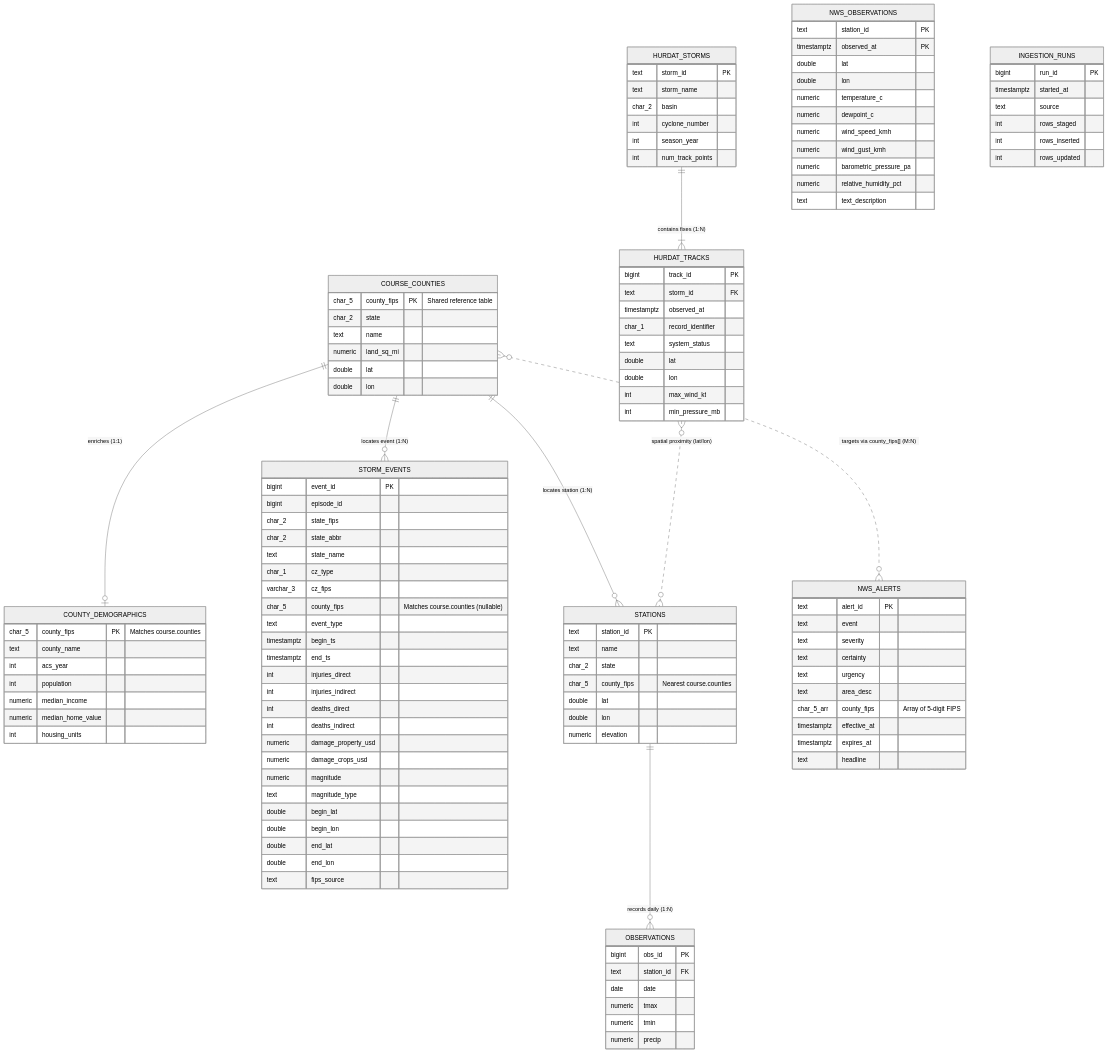
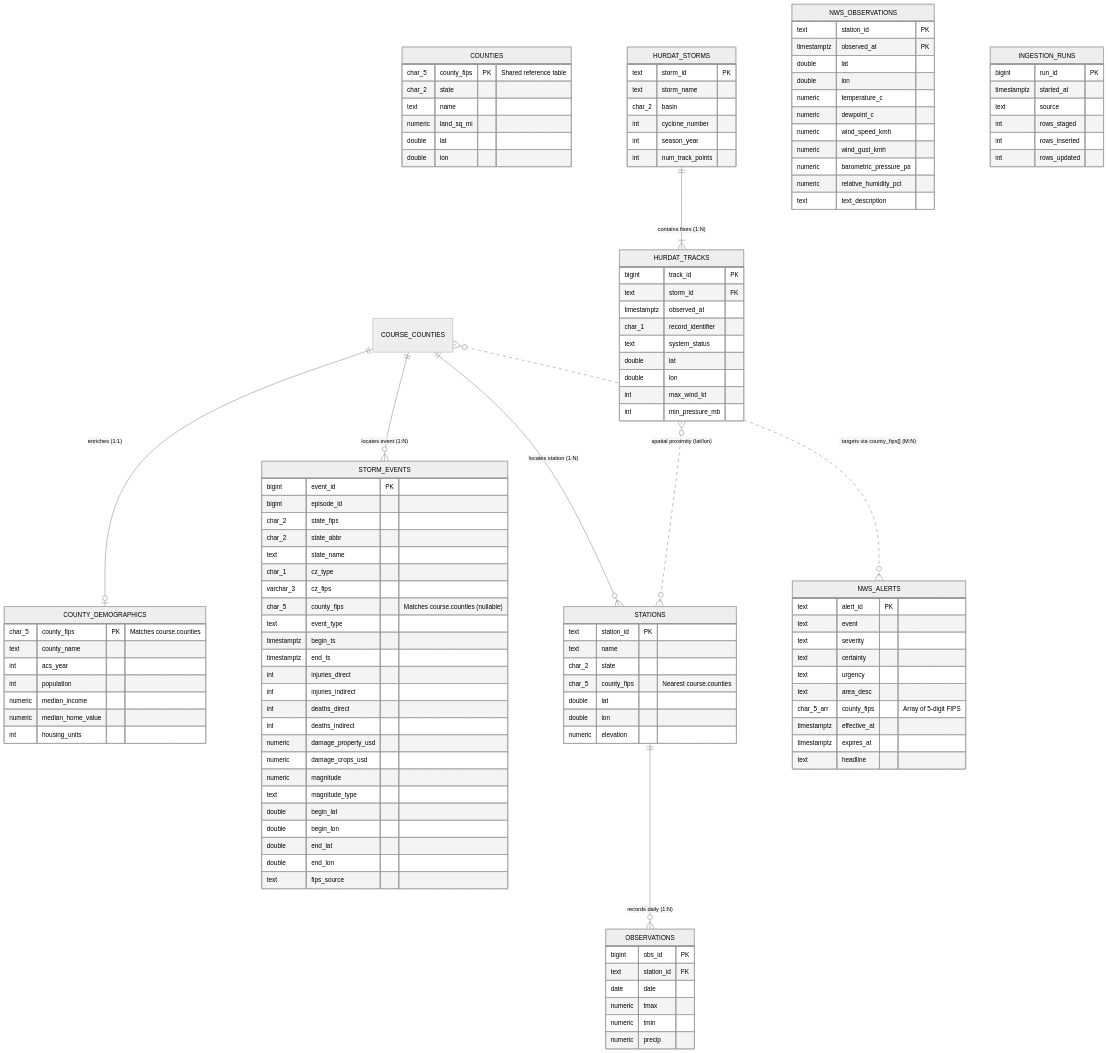
The second of 2 diagrams in docs/technical-spec.md (dpham03/TeamVixen-ClimateETL-Receiver), drawn with Mermaid (neutral theme) before and after one commit. The commit also changed other lines of this file, not shown here.

````diff
--- a/docs/technical-spec.md
+++ b/docs/technical-spec.md
@@ -106,6 +110,6 @@
 ```mermaid
 erDiagram
-    COURSE_COUNTIES {
+    COUNTIES {
         char_5 county_fips PK "Shared reference table"
         char_2 state
         text name
````
